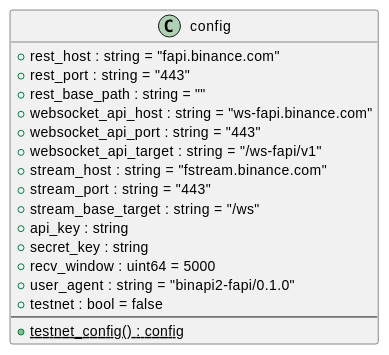
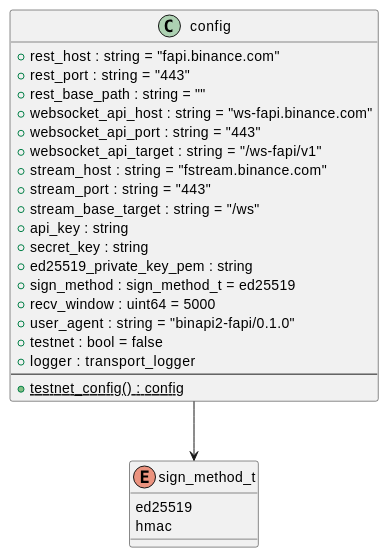
One commit to agutikov/binapi changed the eighth of 9 diagrams in docs/binapi2/DESIGN.md. Above: the diagram before and after it, drawn with PlantUML. The commit also changed other lines of this file and 9 other files, not shown here.

````diff
--- a/docs/binapi2/DESIGN.md
+++ b/docs/binapi2/DESIGN.md
@@ -579,22 +579,32 @@
 ```plantuml
 @startuml
+enum sign_method_t {
+  ed25519
+  hmac
+}
+
 class config {
   +rest_host : string = "fapi.binance.com"
   +rest_port : string = "443"
   +rest_base_path : string = ""
   +websocket_api_host : string = "ws-fapi.binance.com"
   +websocket_api_port : string = "443"
   +websocket_api_target : string = "/ws-fapi/v1"
   +stream_host : string = "fstream.binance.com"
   +stream_port : string = "443"
   +stream_base_target : string = "/ws"
   +api_key : string
   +secret_key : string
+  +ed25519_private_key_pem : string
+  +sign_method : sign_method_t = ed25519
   +recv_window : uint64 = 5000
   +user_agent : string = "binapi2-fapi/0.1.0"
   +testnet : bool = false
+  +logger : transport_logger
   --
   +{static} testnet_config() : config
 }
+
+config --> sign_method_t
 @enduml
 ```
````
